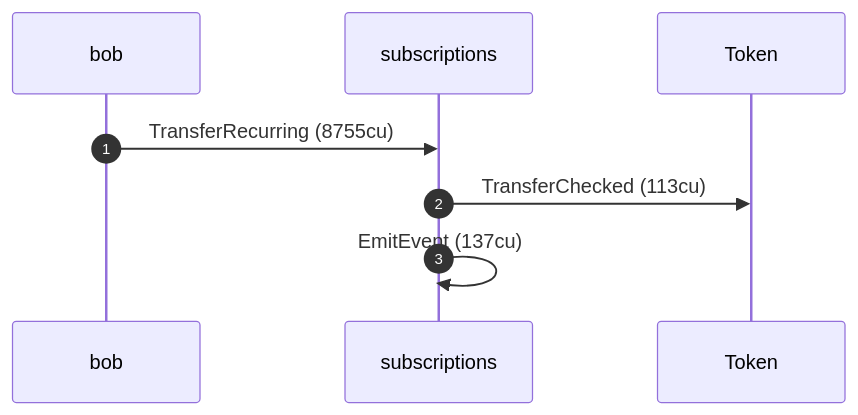
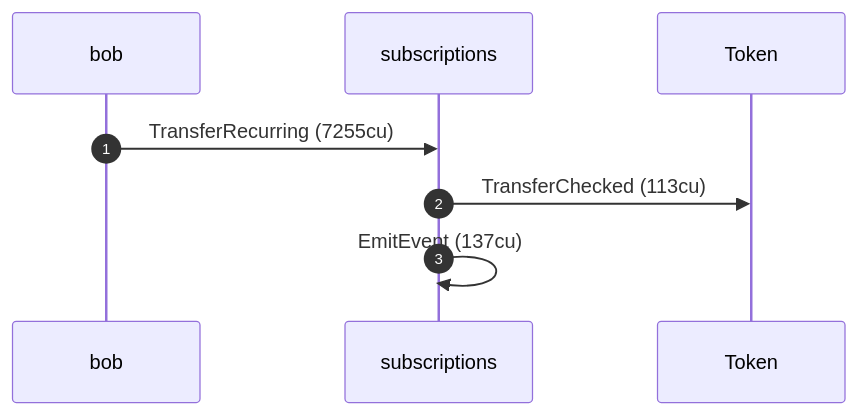
Before and after one commit to cds-rs/subscriptions: diagram 13 of 16 in dsl_tests/recurring-transfer-aligns-the-period-start-when-periods-are-skipped.md, drawn with Mermaid. The commit also changed other lines of this file and 224 other files, not shown here.

````diff
--- a/dsl_tests/recurring-transfer-aligns-the-period-start-when-periods-are-skipped.md
+++ b/dsl_tests/recurring-transfer-aligns-the-period-start-when-periods-are-skipped.md
@@ -282,10 +297,10 @@
 ```mermaid
 sequenceDiagram
     autonumber
     participant bob
     participant subscriptions
     participant Token
-    bob ->> subscriptions: TransferRecurring (8755cu)
+    bob ->> subscriptions: TransferRecurring (7255cu)
     subscriptions ->> Token: TransferChecked (113cu)
     subscriptions ->> subscriptions: EmitEvent (137cu)
 ```
````
